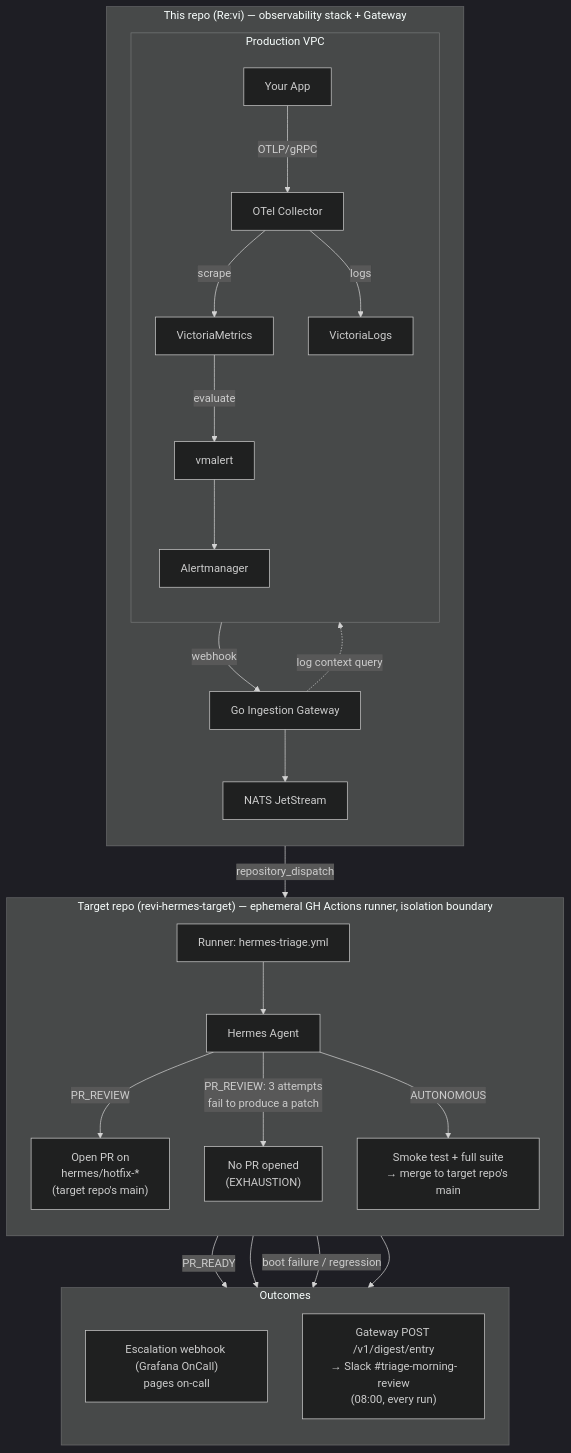
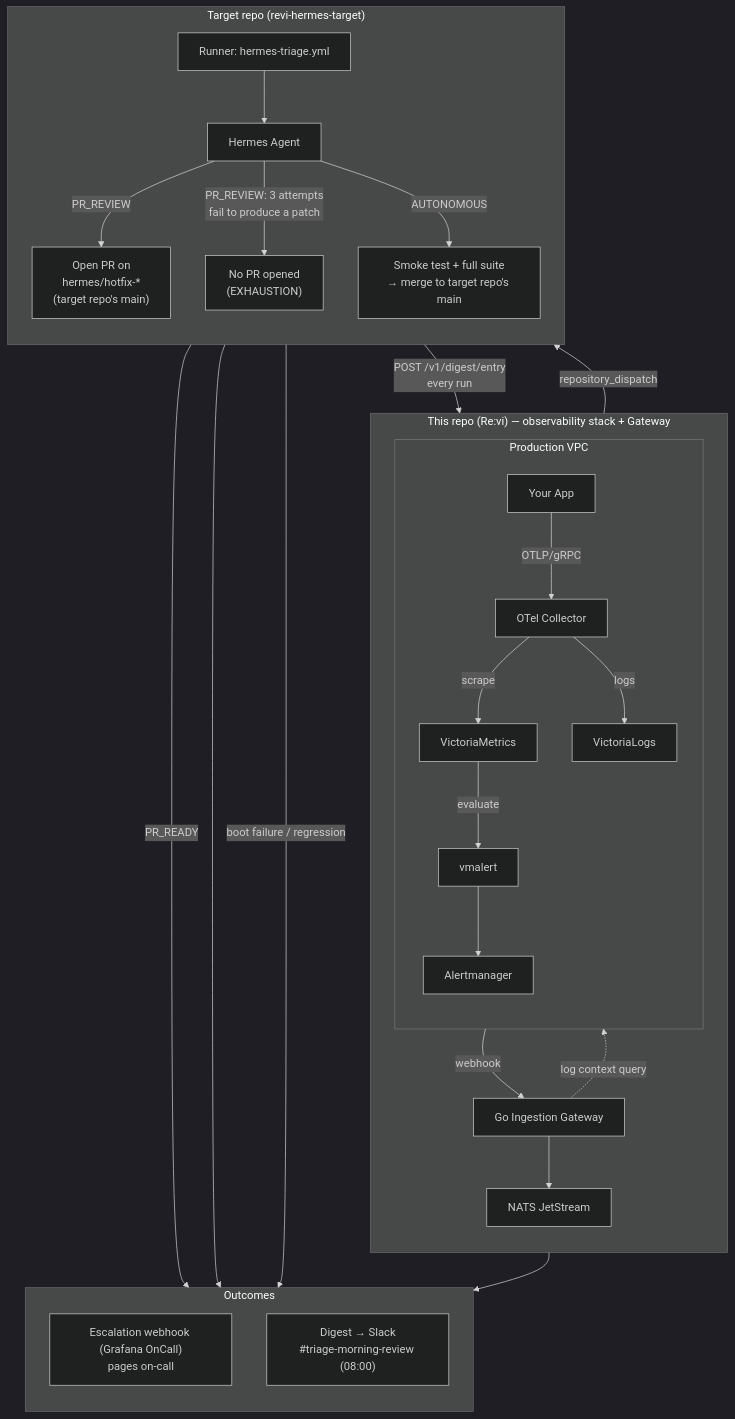
Before and after one commit to bookang869/Re-vi: the diagram in README.md, drawn with Mermaid (dark theme).

Commit message:
docs(readme): shorten target-repo subgraph title to fix diagram overlap
The full title ("...ephemeral GH Actions runner, isolation boundary")
wrapped to two lines and collided with the Runner node and the
AUTONOMOUS edge label on GitHub's renderer. Trim it to just the repo
name (the ephemeral-runner/isolation-boundary detail is already covered
in the prose right below the diagram) and restore the repository_dispatch
/ digest loop-back edges, which render cleanly now that the title fits
on one line.

````diff
--- a/README.md
+++ b/README.md
@@ -46,39 +46,40 @@
 ```mermaid
 flowchart TD
     subgraph THISREPO["This repo (Re:vi) — observability stack + Gateway"]
         direction TB
         subgraph VPC["Production VPC"]
             direction TB
             App["Your App"] -->|OTLP/gRPC| Otel["OTel Collector"]
             Otel -->|scrape| VM["VictoriaMetrics"]
             Otel -->|logs| VL["VictoriaLogs"]
             VM -->|evaluate| vmalert["vmalert"]
             vmalert --> AM["Alertmanager"]
         end
 
         AM -->|webhook| GW["Go Ingestion Gateway"]
         GW -.->|log context query| VL
         GW --> NATS["NATS JetStream"]
     end
 
-    NATS -->|repository_dispatch| GHA
-
-    subgraph TARGETREPO["Target repo (revi-hermes-target) — ephemeral GH Actions runner, isolation boundary"]
+    subgraph TARGETREPO["Target repo (revi-hermes-target)"]
         direction TB
         GHA["Runner: hermes-triage.yml"] --> Hermes["Hermes Agent"]
         Hermes -->|PR_REVIEW| PR["Open PR on<br/>hermes/hotfix-*<br/>(target repo's main)"]
         Hermes -->|"PR_REVIEW: 3 attempts<br/>fail to produce a patch"| Exhaustion["No PR opened<br/>(EXHAUSTION)"]
         Hermes -->|AUTONOMOUS| Merge["Smoke test + full suite<br/>→ merge to target repo's main"]
     end
 
+    NATS -->|repository_dispatch| GHA
+    GHA -->|"POST /v1/digest/entry<br/>every run"| GW
+
     subgraph OUT["Outcomes"]
         direction TB
         ESC["Escalation webhook (Grafana OnCall)<br/>pages on-call"]
-        Digest["Gateway POST /v1/digest/entry<br/>→ Slack #triage-morning-review<br/>(08:00, every run)"]
+        Digest["Digest → Slack<br/>#triage-morning-review (08:00)"]
     end
 
     PR -->|PR_READY| ESC
     Exhaustion --> ESC
     Merge -->|"boot failure / regression"| ESC
-    GHA --> Digest
+    GW --> Digest
 ```
````
